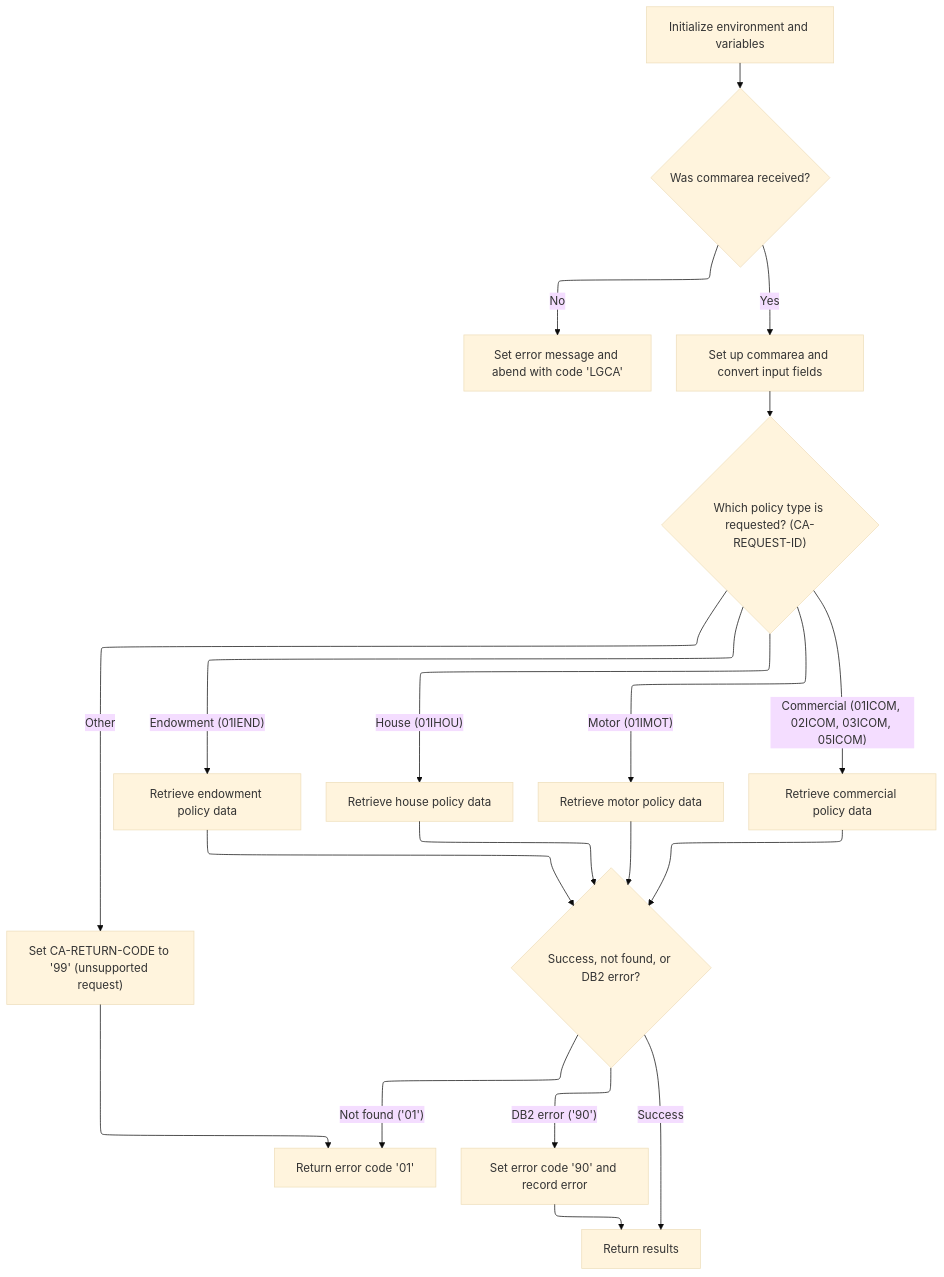
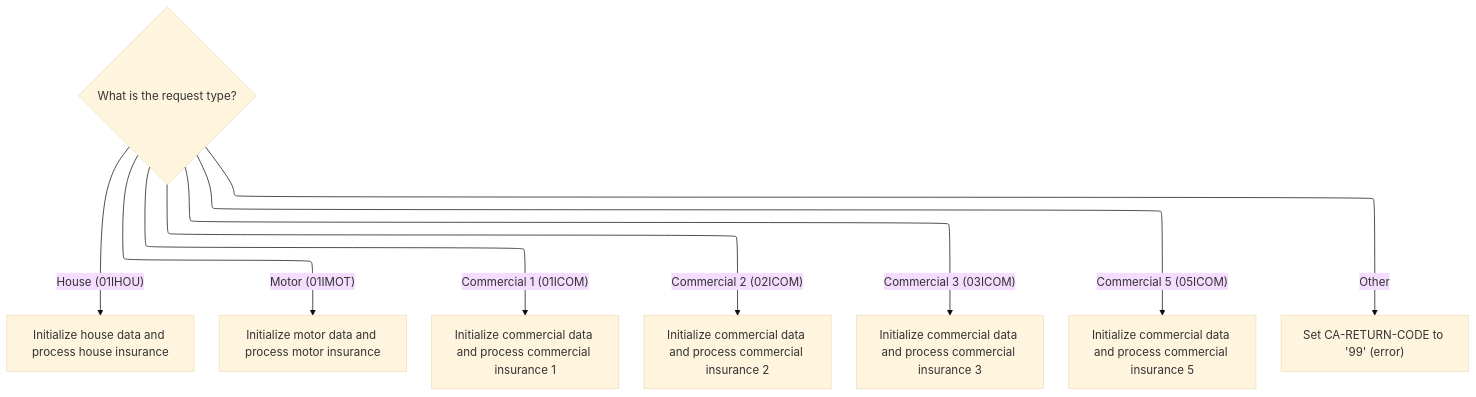
One commit to Giri-Swimm/Swimmio-genapp-house changed the eighth of 10 diagrams in .swm/inquire-policy-details-lgipol01.m4dh9yau.sw.md. Above: the diagram before and after it, drawn with Mermaid (base theme). The commit also changed other lines of this file and 17 other files, not shown here.

````diff
--- a/.swm/inquire-policy-details-lgipol01.m4dh9yau.sw.md
+++ b/.swm/inquire-policy-details-lgipol01.m4dh9yau.sw.md
@@ -491,74 +1279,42 @@
 ```mermaid
 %%{init: {"flowchart": {"defaultRenderer": "elk"}} }%%
 flowchart TD
-    node1["Initialize environment and variables"]
-    click node1 openCode "base/src/lgipdb01.cbl:235:246"
-    node1 --> node2{"Was commarea received?"}
-    click node2 openCode "base/src/lgipdb01.cbl:251:255"
-    node2 -->|"No"| node3["Set error message and abend with code 'LGCA'"]
-    click node3 openCode "base/src/lgipdb01.cbl:252:254"
-    node2 -->|"Yes"| node4["Set up commarea and convert input fields"]
-    click node4 openCode "base/src/lgipdb01.cbl:258:267"
-    node4 --> node5{"Which policy type is requested? (CA-REQUEST-ID)"}
-    click node5 openCode "base/src/lgipdb01.cbl:277:310"
-    node5 -->|"Endowment (01IEND)"| node6["Retrieve endowment policy data"]
-    click node6 openCode "base/src/lgipdb01.cbl:280:281"
-    node5 -->|"House (01IHOU)"| node7["Retrieve house policy data"]
-    click node7 openCode "base/src/lgipdb01.cbl:284:285"
-    node5 -->|"Motor (01IMOT)"| node8["Retrieve motor policy data"]
-    click node8 openCode "base/src/lgipdb01.cbl:288:289"
-    node5 -->|"Commercial (01ICOM, 02ICOM, 03ICOM, 05ICOM)"| node9["Retrieve commercial policy data"]
-    click node9 openCode "base/src/lgipdb01.cbl:292:305"
-    node5 -->|"Other"| node10["Set CA-RETURN-CODE to '99' (unsupported request)"]
-    click node10 openCode "base/src/lgipdb01.cbl:308:308"
-    node6 --> node11{"Success, not found, or DB2 error?"}
-    node7 --> node11
-    node8 --> node11
-    node9 --> node11
-    node10 --> node13["Return error code '99'"]
-    node11 -->|"Success"| node12["Return results"]
-    click node12 openCode "base/src/lgipdb01.cbl:258:259"
-    node11 -->|"Not found ('01')"| node13["Return error code '01'"]
-    click node13 openCode "base/src/lgipdb01.cbl:423:424"
-    node11 -->|"DB2 error ('90')"| node14["Set error code '90' and record error"]
-    click node14 openCode "base/src/lgipdb01.cbl:426:428"
-    node14 --> node12
+    node1{"What is the request type?"}
+    click node1 openCode "base/src/lgipdb01.cbl:283:310"
+    node1 -->|"House (01IHOU)"| node2["Initialize house data and process house insurance"]
+    click node2 openCode "base/src/lgipdb01.cbl:284:285"
+    node1 -->|"Motor (01IMOT)"| node3["Initialize motor data and process motor insurance"]
+    click node3 openCode "base/src/lgipdb01.cbl:288:289"
+    node1 -->|"Commercial 1 (01ICOM)"| node4["Initialize commercial data and process commercial insurance 1"]
+    click node4 openCode "base/src/lgipdb01.cbl:292:293"
+    node1 -->|"Commercial 2 (02ICOM)"| node5["Initialize commercial data and process commercial insurance 2"]
+    click node5 openCode "base/src/lgipdb01.cbl:296:297"
+    node1 -->|"Commercial 3 (03ICOM)"| node6["Initialize commercial data and process commercial insurance 3"]
+    click node6 openCode "base/src/lgipdb01.cbl:300:301"
+    node1 -->|"Commercial 5 (05ICOM)"| node7["Initialize commercial data and process commercial insurance 5"]
+    click node7 openCode "base/src/lgipdb01.cbl:304:305"
+    node1 -->|"Other"| node8["Set CA-RETURN-CODE to '99' (error)"]
+    click node8 openCode "base/src/lgipdb01.cbl:308:309"
 classDef HeadingStyle fill:#777777,stroke:#333,stroke-width:2px;
 
 %% Swimm:
 %% %%{init: {"flowchart": {"defaultRenderer": "elk"}} }%%
 %% flowchart TD
-%%     node1["Initialize environment and variables"]
-%%     click node1 openCode "<SwmPath>[base/src/lgipdb01.cbl](base/src/lgipdb01.cbl)</SwmPath>:235:246"
-%%     node1 --> node2{"Was commarea received?"}
-%%     click node2 openCode "<SwmPath>[base/src/lgipdb01.cbl](base/src/lgipdb01.cbl)</SwmPath>:251:255"
-%%     node2 -->|"No"| node3["Set error message and abend with code 'LGCA'"]
-%%     click node3 openCode "<SwmPath>[base/src/lgipdb01.cbl](base/src/lgipdb01.cbl)</SwmPath>:252:254"
-%%     node2 -->|"Yes"| node4["Set up commarea and convert input fields"]
-%%     click node4 openCode "<SwmPath>[base/src/lgipdb01.cbl](base/src/lgipdb01.cbl)</SwmPath>:258:267"
-%%     node4 --> node5{"Which policy type is requested? (<SwmToken path="base/src/lgipdb01.cbl" pos="275:9:13" line-data="           MOVE FUNCTION UPPER-CASE(CA-REQUEST-ID) TO WS-REQUEST-ID">`CA-REQUEST-ID`</SwmToken>)"}
-%%     click node5 openCode "<SwmPath>[base/src/lgipdb01.cbl](base/src/lgipdb01.cbl)</SwmPath>:277:310"
-%%     node5 -->|"Endowment (<SwmToken path="base/src/lgipdb01.cbl" pos="279:4:4" line-data="             WHEN &#39;01IEND&#39;">`01IEND`</SwmToken>)"| node6["Retrieve endowment policy data"]
-%%     click node6 openCode "<SwmPath>[base/src/lgipdb01.cbl](base/src/lgipdb01.cbl)</SwmPath>:280:281"
-%%     node5 -->|"House (<SwmToken path="base/src/lgipdb01.cbl" pos="283:4:4" line-data="             WHEN &#39;01IHOU&#39;">`01IHOU`</SwmToken>)"| node7["Retrieve house policy data"]
-%%     click node7 openCode "<SwmPath>[base/src/lgipdb01.cbl](base/src/lgipdb01.cbl)</SwmPath>:284:285"
-%%     node5 -->|"Motor (<SwmToken path="base/src/lgipdb01.cbl" pos="287:4:4" line-data="             WHEN &#39;01IMOT&#39;">`01IMOT`</SwmToken>)"| node8["Retrieve motor policy data"]
-%%     click node8 openCode "<SwmPath>[base/src/lgipdb01.cbl](base/src/lgipdb01.cbl)</SwmPath>:288:289"
-%%     node5 -->|"Commercial (<SwmToken path="base/src/lgipdb01.cbl" pos="291:4:4" line-data="             WHEN &#39;01ICOM&#39;">`01ICOM`</SwmToken>, <SwmToken path="base/src/lgipdb01.cbl" pos="295:4:4" line-data="             WHEN &#39;02ICOM&#39;">`02ICOM`</SwmToken>, <SwmToken path="base/src/lgipdb01.cbl" pos="299:4:4" line-data="             WHEN &#39;03ICOM&#39;">`03ICOM`</SwmToken>, <SwmToken path="base/src/lgipdb01.cbl" pos="303:4:4" line-data="             WHEN &#39;05ICOM&#39;">`05ICOM`</SwmToken>)"| node9["Retrieve commercial policy data"]
-%%     click node9 openCode "<SwmPath>[base/src/lgipdb01.cbl](base/src/lgipdb01.cbl)</SwmPath>:292:305"
-%%     node5 -->|"Other"| node10["Set <SwmToken path="base/src/lgipol01.cbl" pos="86:9:13" line-data="           MOVE &#39;00&#39; TO CA-RETURN-CODE">`CA-RETURN-CODE`</SwmToken> to '99' (unsupported request)"]
-%%     click node10 openCode "<SwmPath>[base/src/lgipdb01.cbl](base/src/lgipdb01.cbl)</SwmPath>:308:308"
-%%     node6 --> node11{"Success, not found, or <SwmToken path="base/src/lgipdb01.cbl" pos="242:5:5" line-data="      * initialize DB2 host variables">`DB2`</SwmToken> error?"}
-%%     node7 --> node11
-%%     node8 --> node11
-%%     node9 --> node11
-%%     node10 --> node13["Return error code '99'"]
-%%     node11 -->|"Success"| node12["Return results"]
-%%     click node12 openCode "<SwmPath>[base/src/lgipdb01.cbl](base/src/lgipdb01.cbl)</SwmPath>:258:259"
-%%     node11 -->|"Not found ('01')"| node13["Return error code '01'"]
-%%     click node13 openCode "<SwmPath>[base/src/lgipdb01.cbl](base/src/lgipdb01.cbl)</SwmPath>:423:424"
-%%     node11 -->|"<SwmToken path="base/src/lgipdb01.cbl" pos="242:5:5" line-data="      * initialize DB2 host variables">`DB2`</SwmToken> error ('90')"| node14["Set error code '90' and record error"]
-%%     click node14 openCode "<SwmPath>[base/src/lgipdb01.cbl](base/src/lgipdb01.cbl)</SwmPath>:426:428"
-%%     node14 --> node12
+%%     node1{"What is the request type?"}
+%%     click node1 openCode "<SwmPath>[base/src/lgipdb01.cbl](base/src/lgipdb01.cbl)</SwmPath>:283:310"
+%%     node1 -->|"House (<SwmToken path="base/src/lgipdb01.cbl" pos="283:4:4" line-data="             WHEN &#39;01IHOU&#39;">`01IHOU`</SwmToken>)"| node2["Initialize house data and process house insurance"]
+%%     click node2 openCode "<SwmPath>[base/src/lgipdb01.cbl](base/src/lgipdb01.cbl)</SwmPath>:284:285"
+%%     node1 -->|"Motor (<SwmToken path="base/src/lgipdb01.cbl" pos="287:4:4" line-data="             WHEN &#39;01IMOT&#39;">`01IMOT`</SwmToken>)"| node3["Initialize motor data and process motor insurance"]
+%%     click node3 openCode "<SwmPath>[base/src/lgipdb01.cbl](base/src/lgipdb01.cbl)</SwmPath>:288:289"
+%%     node1 -->|"Commercial 1 (<SwmToken path="base/src/lgipdb01.cbl" pos="291:4:4" line-data="             WHEN &#39;01ICOM&#39;">`01ICOM`</SwmToken>)"| node4["Initialize commercial data and process commercial insurance 1"]
+%%     click node4 openCode "<SwmPath>[base/src/lgipdb01.cbl](base/src/lgipdb01.cbl)</SwmPath>:292:293"
+%%     node1 -->|"Commercial 2 (<SwmToken path="base/src/lgipdb01.cbl" pos="295:4:4" line-data="             WHEN &#39;02ICOM&#39;">`02ICOM`</SwmToken>)"| node5["Initialize commercial data and process commercial insurance 2"]
+%%     click node5 openCode "<SwmPath>[base/src/lgipdb01.cbl](base/src/lgipdb01.cbl)</SwmPath>:296:297"
+%%     node1 -->|"Commercial 3 (<SwmToken path="base/src/lgipdb01.cbl" pos="299:4:4" line-data="             WHEN &#39;03ICOM&#39;">`03ICOM`</SwmToken>)"| node6["Initialize commercial data and process commercial insurance 3"]
+%%     click node6 openCode "<SwmPath>[base/src/lgipdb01.cbl](base/src/lgipdb01.cbl)</SwmPath>:300:301"
+%%     node1 -->|"Commercial 5 (<SwmToken path="base/src/lgipdb01.cbl" pos="303:4:4" line-data="             WHEN &#39;05ICOM&#39;">`05ICOM`</SwmToken>)"| node7["Initialize commercial data and process commercial insurance 5"]
+%%     click node7 openCode "<SwmPath>[base/src/lgipdb01.cbl](base/src/lgipdb01.cbl)</SwmPath>:304:305"
+%%     node1 -->|"Other"| node8["Set <SwmToken path="base/src/lgipol01.cbl" pos="86:9:13" line-data="           MOVE &#39;00&#39; TO CA-RETURN-CODE">`CA-RETURN-CODE`</SwmToken> to '99' (error)"]
+%%     click node8 openCode "<SwmPath>[base/src/lgipdb01.cbl](base/src/lgipdb01.cbl)</SwmPath>:308:309"
 %% classDef HeadingStyle fill:#777777,stroke:#333,stroke-width:2px;
 ```
````
